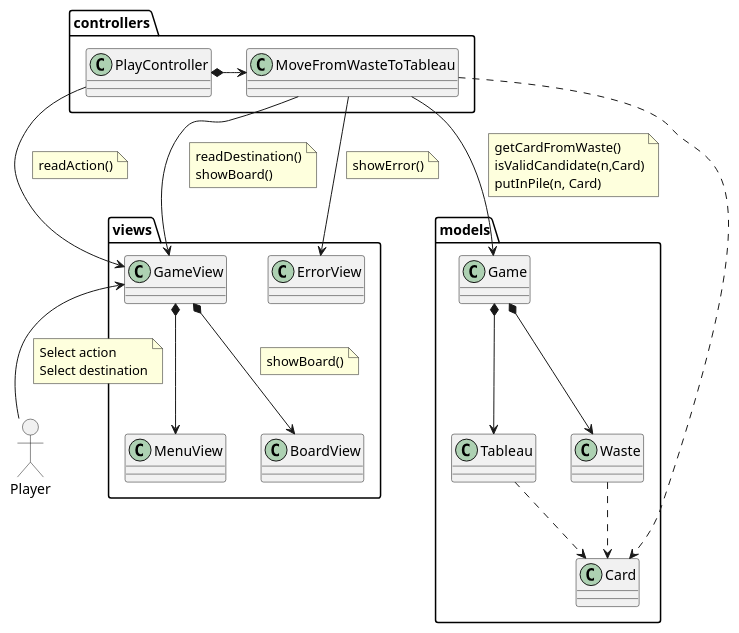
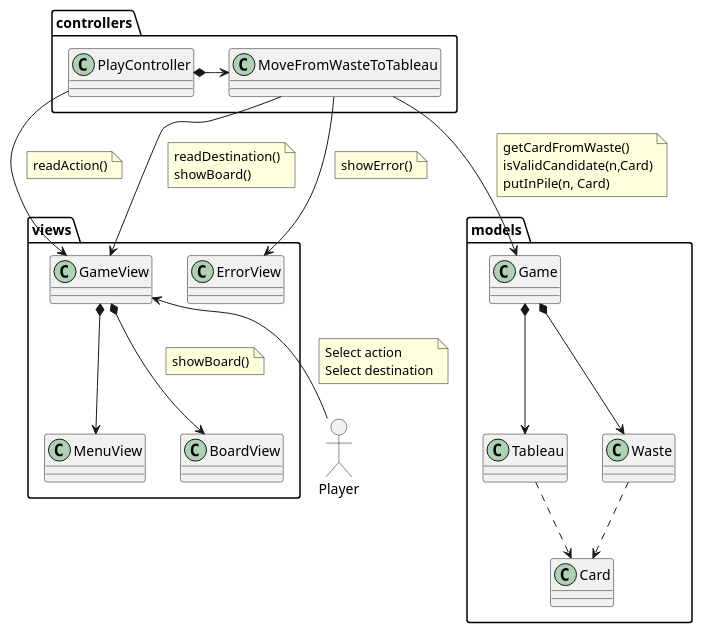
Before and after one commit to Troteaga/klondike: the diagram in docs/logicView/analysisView/useCaseAnalysis/MvFromWasteToTableau.puml, drawn with PlantUML. The commit also changed 5 other files, not shown here.

```diff
--- a/docs/logicView/analysisView/useCaseAnalysis/MvFromWasteToTableau.puml
+++ b/docs/logicView/analysisView/useCaseAnalysis/MvFromWasteToTableau.puml
@@ -1,50 +1,47 @@
 @startuml UCAnalysis_MoveFromWasteToTableau
 mix_actor Player
 
 package views {
     class MenuView
     class ErrorView
     class GameView
     class BoardView
 
     GameView *--> BoardView
     note on link: showBoard()
     
     GameView *--> MenuView
 }   
 
 package controllers {
     class PlayController
     class MoveFromWasteToTableau
     PlayController *-right-> MoveFromWasteToTableau
 }
 
 package models {
     class Game
     class Card
     class Tableau
     class Waste
     Tableau ..> Card
     Waste ..> Card
     Game *-->Waste
     Game *-->Tableau
 }
 
-
 Player -up-> GameView
 note on link: Select action\
 \nSelect destination
 
-MoveFromWasteToTableau ..> Card
 PlayController --> GameView
 note on link: readAction()
-
 
 MoveFromWasteToTableau -down-> GameView
 note on link: readDestination()\nshowBoard()
 MoveFromWasteToTableau -down-> Game
 note on link: getCardFromWaste()\nisValidCandidate(n,Card)\nputInPile(n, Card)
 
 MoveFromWasteToTableau -down-> ErrorView
 note on link: showError()
 @enduml
```
